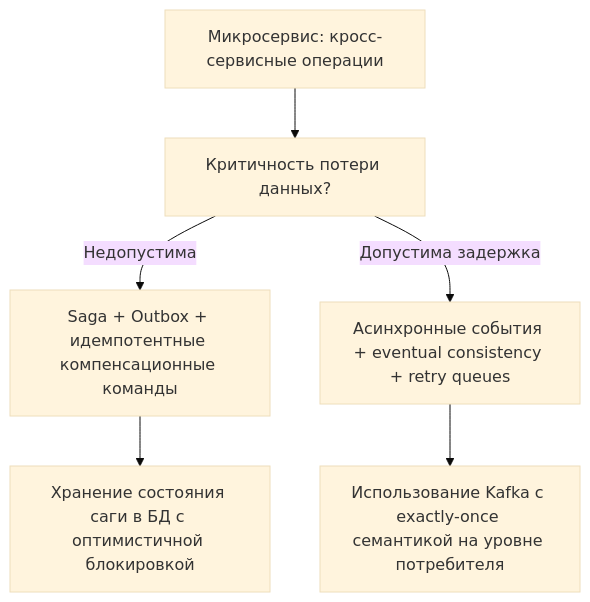
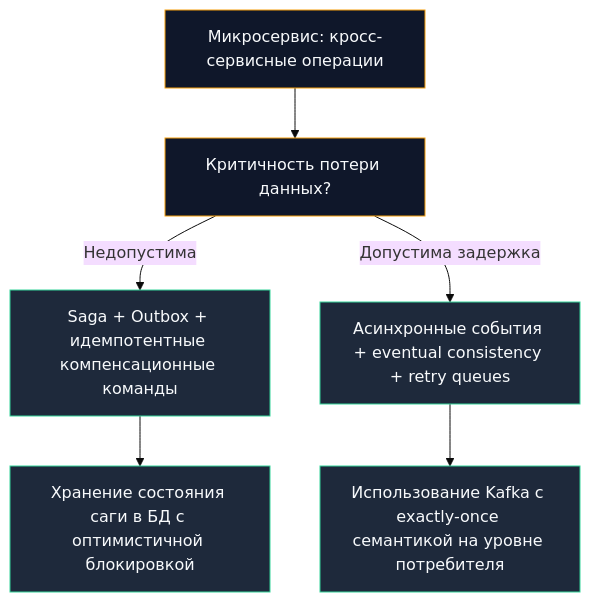
One commit to UnrealTemplier/go-textbook changed the fifth of 5 diagrams in sources/12. Базы данных/10. Практика и архитектура/23. Итоги раздела. Полная картина работы с базами данных.md. Above: the diagram before and after it, drawn with Mermaid (base theme). The commit also changed other lines of this file, not shown here.

````diff
--- a/sources/12. Базы данных/10. Практика и архитектура/23. Итоги раздела. Полная картина работы с базами данных.md
+++ b/sources/12. Базы данных/10. Практика и архитектура/23. Итоги раздела. Полная картина работы с базами данных.md
@@ -186,9 +248,14 @@
 ```mermaid
 flowchart TD
     Start["Микросервис: кросс-сервисные операции"] --> Q1["Критичность потери данных?"]
     Q1 -- "Недопустима" --> Use1["Saga + Outbox + идемпотентные компенсационные команды"]
     Q1 -- "Допустима задержка" --> Use2["Асинхронные события + eventual consistency + retry queues"]
     
     Use1 --> Store1["Хранение состояния саги в БД с оптимистичной блокировкой"]
     Use2 --> Store2["Использование Kafka с exactly-once семантикой на уровне потребителя"]
+
+    classDef q fill:#0f172a,stroke:#f59e0b,stroke-width:1px,color:#f8fafc;
+    classDef opt fill:#1e293b,stroke:#34d399,stroke-width:1px,color:#f8fafc;
+    class Start,Q1 q;
+    class Use1,Use2,Store1,Store2 opt;
 ```
````
